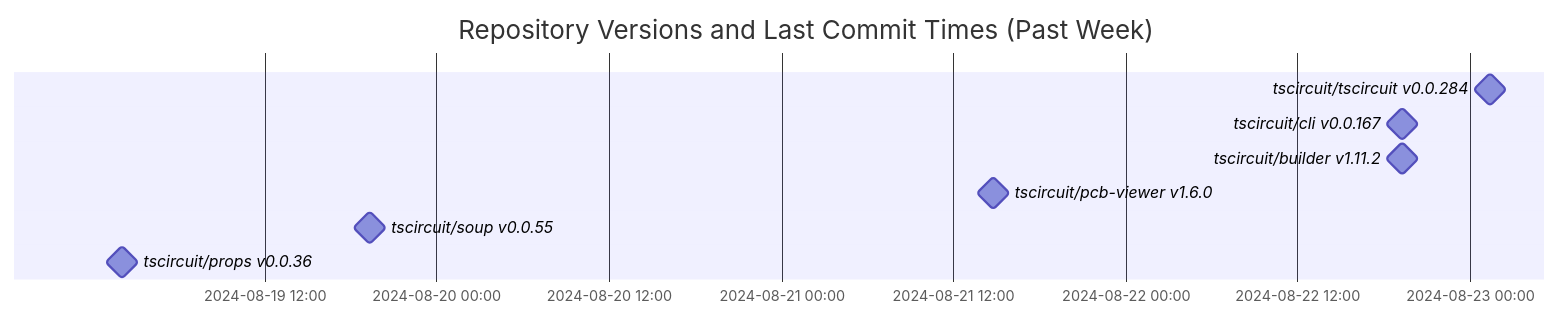
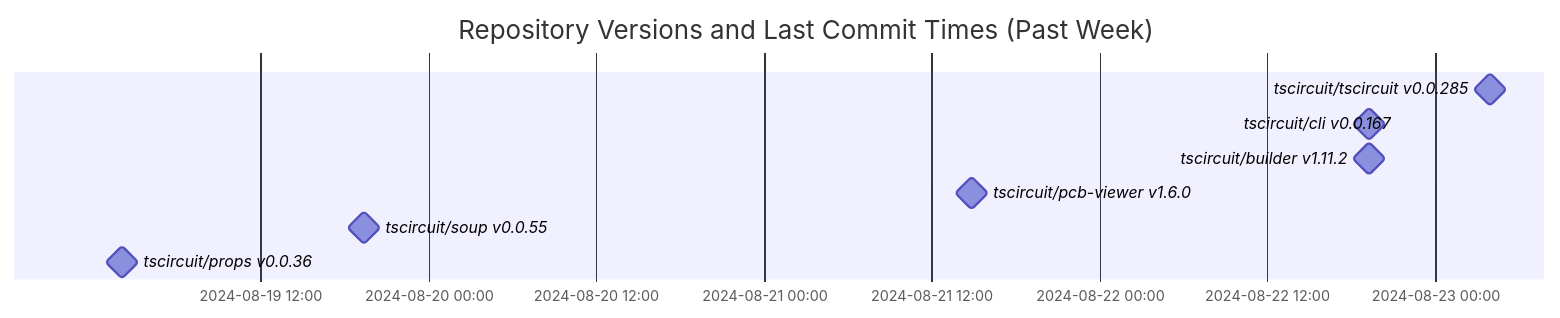
Before and after one commit to tscircuit/version-tracker: the diagram in README.md, drawn with Mermaid.

Commit message:
Update chart

````diff
--- a/README.md
+++ b/README.md
@@ -1,13 +1,13 @@
 ```mermaid
 gantt
   dateFormat  YYYY-MM-DD HH:mm:ss
   title Repository Versions and Last Commit Times (Past Week)
   axisFormat %Y-%m-%d %H:%M
 
-  tscircuit/tscircuit v0.0.284 : milestone, 2024-08-23 01:23:33, 1s
+  tscircuit/tscircuit v0.0.285 : milestone, 2024-08-23 03:54:49, 1s
   tscircuit/cli v0.0.167 : milestone, 2024-08-22 19:13:45, 1s
   tscircuit/builder v1.11.2 : milestone, 2024-08-22 19:17:19, 1s
   tscircuit/pcb-viewer v1.6.0 : milestone, 2024-08-21 14:48:25, 1s
   tscircuit/soup v0.0.55 : milestone, 2024-08-19 19:22:24, 1s
   tscircuit/props v0.0.36 : milestone, 2024-08-19 02:05:19, 1s
 ```
````
